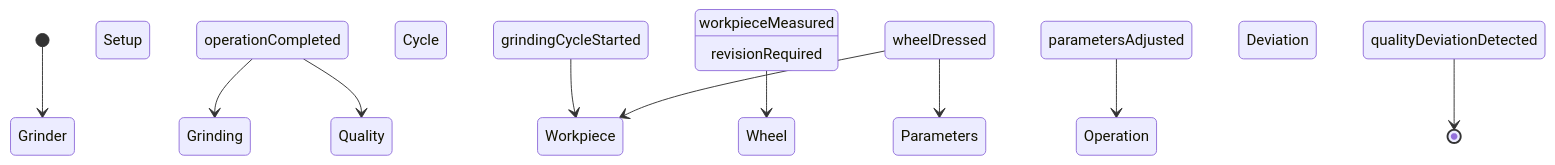
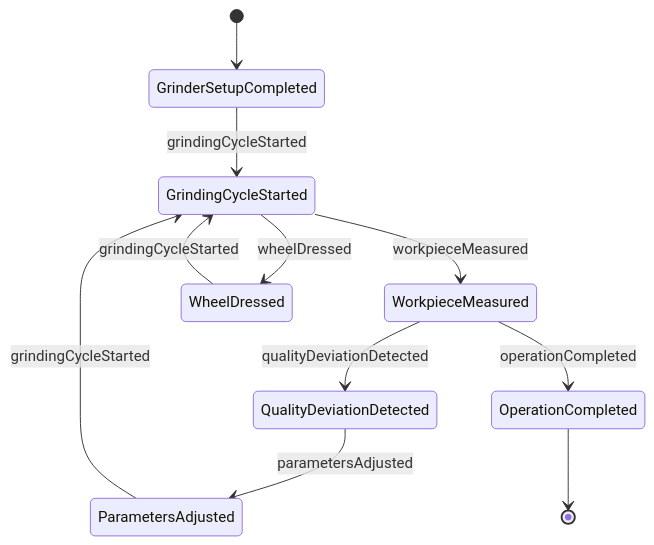
Before and after one commit to dot-org-ai/tasks.org.ai: the second of 4 diagrams in ControllingMachinesAndProcesses/OperateCuttingOrGrindingEquipment/OperateGrindingEquipment.mdx, drawn with Mermaid. The commit also changed other lines of this file and 515 other files, not shown here.

````diff
--- a/ControllingMachinesAndProcesses/OperateCuttingOrGrindingEquipment/OperateGrindingEquipment.mdx
+++ b/ControllingMachinesAndProcesses/OperateCuttingOrGrindingEquipment/OperateGrindingEquipment.mdx
@@ -99,12 +99,13 @@
 ```mermaid
 stateDiagram-v2
-    [*] --> Grinder Setup Completed
-    Grinder Setup Completed --> Grinding Cycle Started : grindingCycleStarted
-    Grinding Cycle Started --> Workpiece Measured : workpieceMeasured
-    Workpiece Measured --> Wheel Dressed : wheelDressed
-    Wheel Dressed --> Parameters Adjusted : parametersAdjusted
-    Parameters Adjusted --> Operation Completed : operationCompleted
-    Operation Completed --> Quality Deviation Detected : qualityDeviationDetected
-    Wheel Dressed --> Workpiece Measured : revisionRequired
-    Quality Deviation Detected --> [*]
+    [*] --> GrinderSetupCompleted
+    GrinderSetupCompleted --> GrindingCycleStarted : grindingCycleStarted
+    GrindingCycleStarted --> WorkpieceMeasured : workpieceMeasured
+    WorkpieceMeasured --> QualityDeviationDetected : qualityDeviationDetected
+    QualityDeviationDetected --> ParametersAdjusted : parametersAdjusted
+    ParametersAdjusted --> GrindingCycleStarted : grindingCycleStarted
+    GrindingCycleStarted --> WheelDressed : wheelDressed
+    WheelDressed --> GrindingCycleStarted : grindingCycleStarted
+    WorkpieceMeasured --> OperationCompleted : operationCompleted
+    OperationCompleted --> [*]
 ```
````
